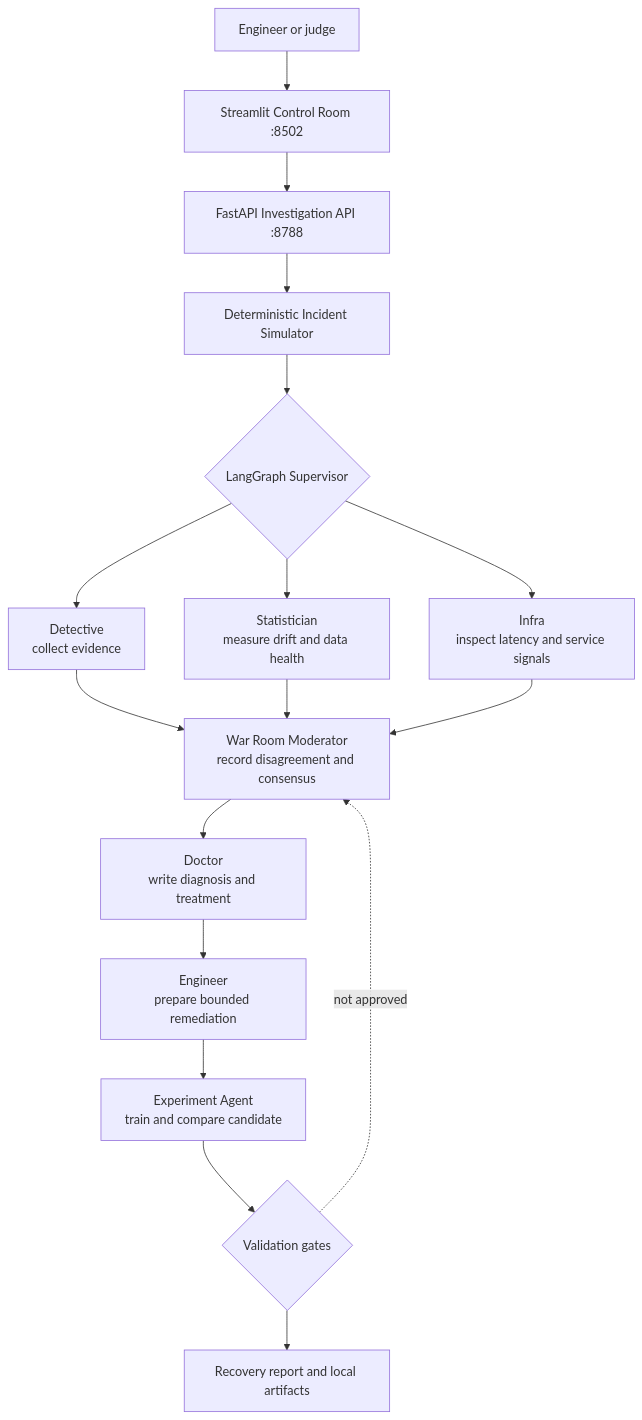
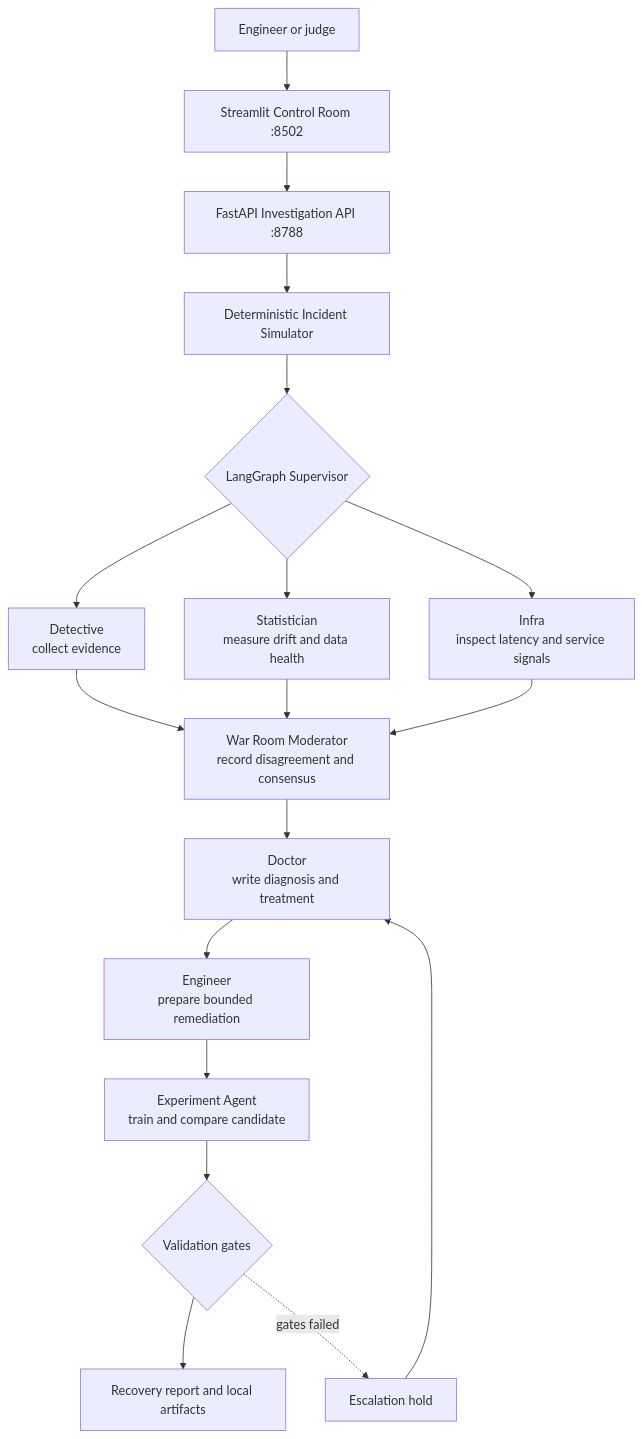
One commit to kevinmeix1/sherlockml changed the diagram in README.md. Above: the diagram before and after it, drawn with Mermaid. The commit also changed other lines of this file and 15 other files, not shown here.

````diff
--- a/README.md
+++ b/README.md
@@ -58,20 +58,21 @@
 ```mermaid
 flowchart TD
     U["Engineer or judge"] --> UI["Streamlit Control Room :8502"]
     UI --> API["FastAPI Investigation API :8788"]
     API --> SIM["Deterministic Incident Simulator"]
     SIM --> SUP{"LangGraph Supervisor"}
 
     SUP --> DET["Detective\ncollect evidence"]
     SUP --> STAT["Statistician\nmeasure drift and data health"]
     SUP --> INFRA["Infra\ninspect latency and service signals"]
     DET --> WAR["War Room Moderator\nrecord disagreement and consensus"]
     STAT --> WAR
     INFRA --> WAR
     WAR --> DOC["Doctor\nwrite diagnosis and treatment"]
     DOC --> ENG["Engineer\nprepare bounded remediation"]
     ENG --> EXP["Experiment Agent\ntrain and compare candidate"]
     EXP --> VAL{"Validation gates"}
     VAL --> REP["Recovery report and local artifacts"]
-    VAL -. "not approved" .-> WAR
+    VAL -. "gates failed" .-> ESC["Escalation hold"]
+    ESC --> DOC
 ```
````
